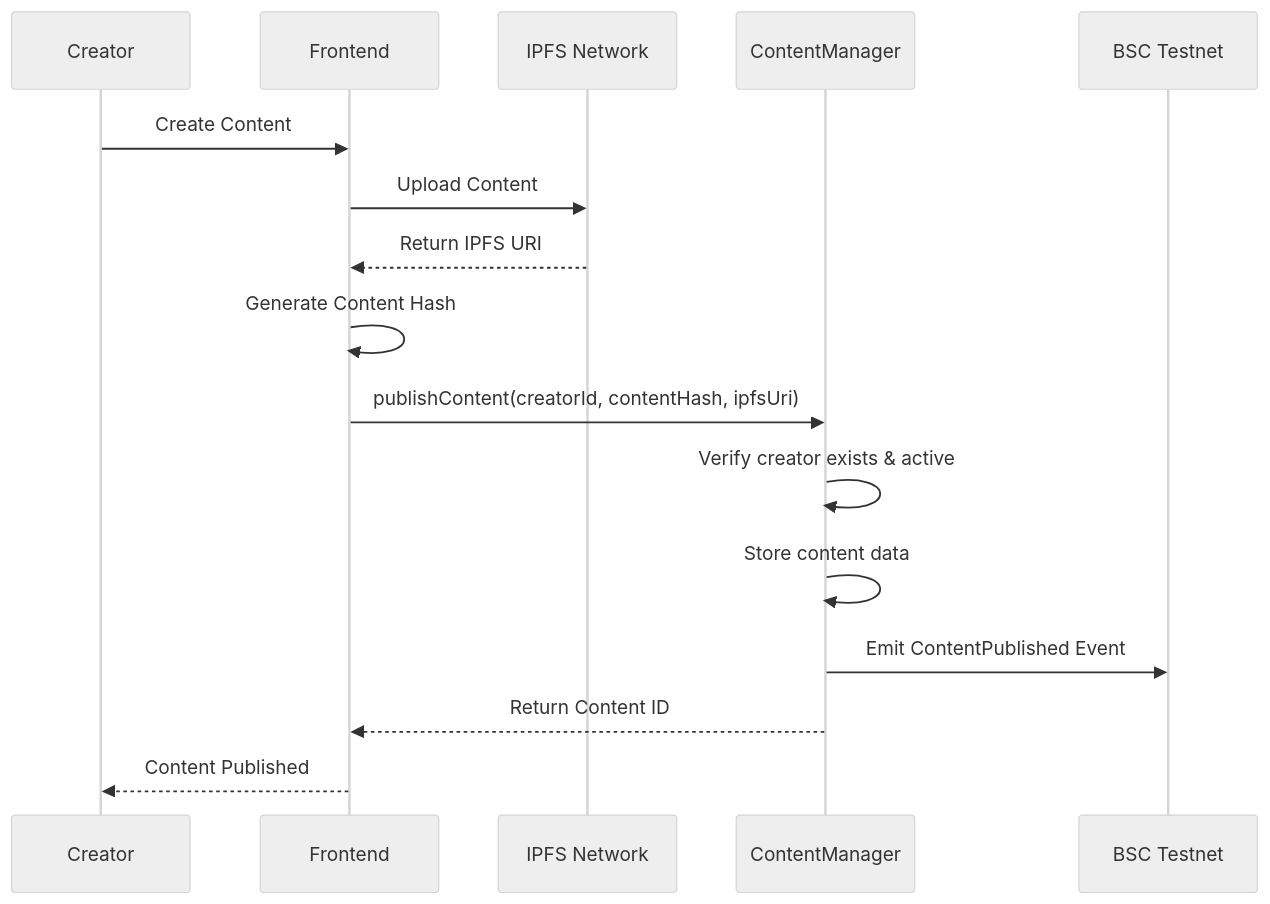
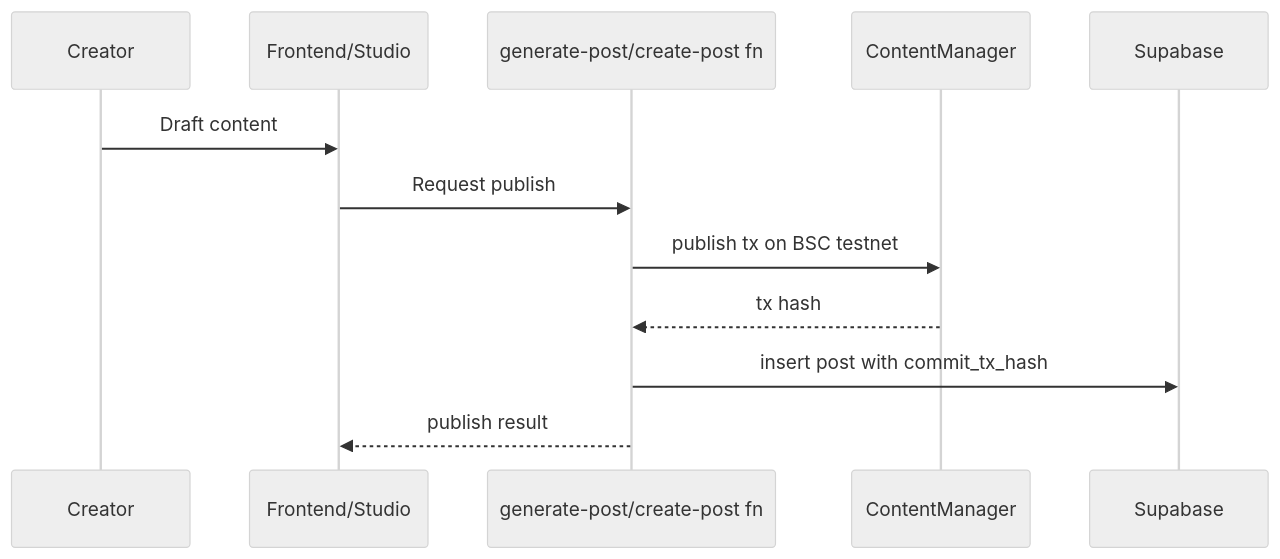
One commit to Rail-Mint/railmint changed the second of 5 diagrams in README.md. Above: the diagram before and after it, drawn with Mermaid (neutral theme). The commit also changed other lines of this file and 19 other files, not shown here.

````diff
--- a/README.md
+++ b/README.md
@@ -150,19 +51,15 @@
 ```mermaid
 sequenceDiagram
     participant C as Creator
-    participant F as Frontend
-    participant IPFS as IPFS Network
+    participant FE as Frontend/Studio
+    participant GP as generate-post/create-post fn
     participant CM as ContentManager
-    participant BC as BSC Testnet
-    
-    C->>F: Create Content
-    F->>IPFS: Upload Content
-    IPFS-->>F: Return IPFS URI
-    F->>F: Generate Content Hash
-    F->>CM: publishContent(creatorId, contentHash, ipfsUri)
-    CM->>CM: Verify creator exists & active
-    CM->>CM: Store content data
-    CM->>BC: Emit ContentPublished Event
-    CM-->>F: Return Content ID
-    F-->>C: Content Published
+    participant SB as Supabase
+
+    C->>FE: Draft content
+    FE->>GP: Request publish
+    GP->>CM: publish tx on BSC testnet
+    CM-->>GP: tx hash
+    GP->>SB: insert post with commit_tx_hash
+    GP-->>FE: publish result
 ```
````
